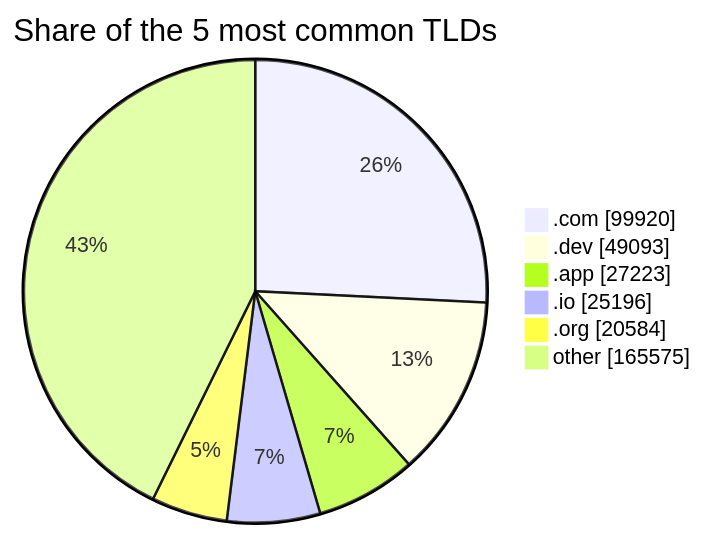
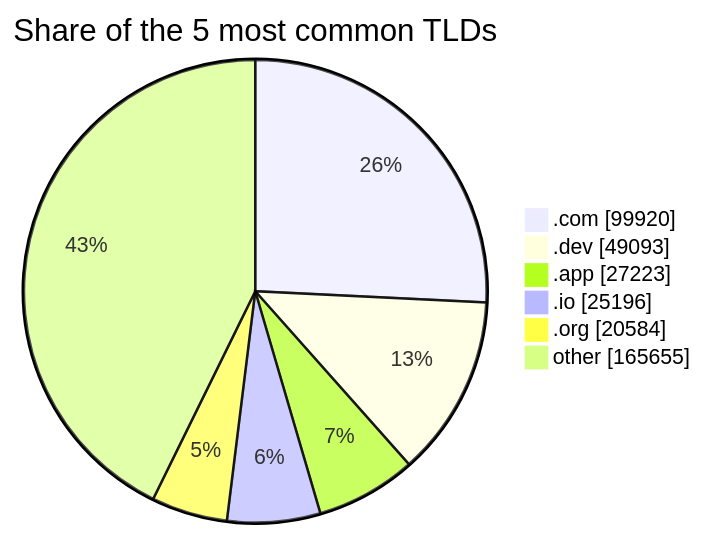
One commit to DNSBunker/CTI changed the third of 3 diagrams in README.md. Above: the diagram before and after it, drawn with Mermaid. The commit also changed other lines of this file and 3 other files, not shown here.

````diff
--- a/README.md
+++ b/README.md
@@ -81,9 +81,9 @@
 ```mermaid
 pie showData title Share of the 5 most common TLDs
     ".com" : 99920
     ".dev" : 49093
     ".app" : 27223
     ".io" : 25196
     ".org" : 20584
-    "other" : 165575
+    "other" : 165655
 ```
````
